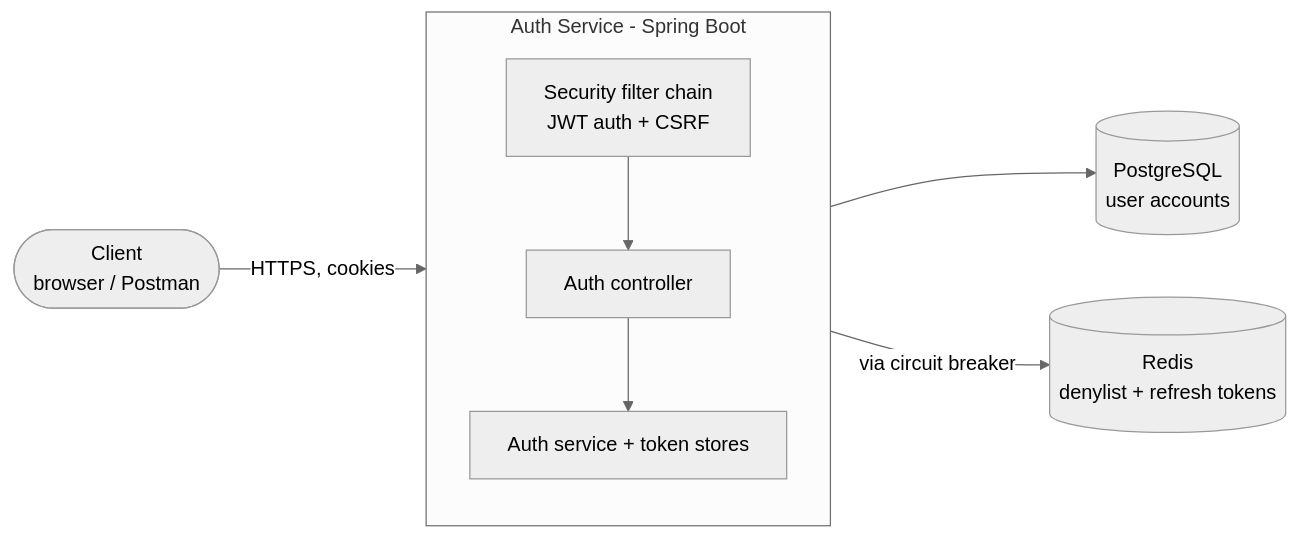
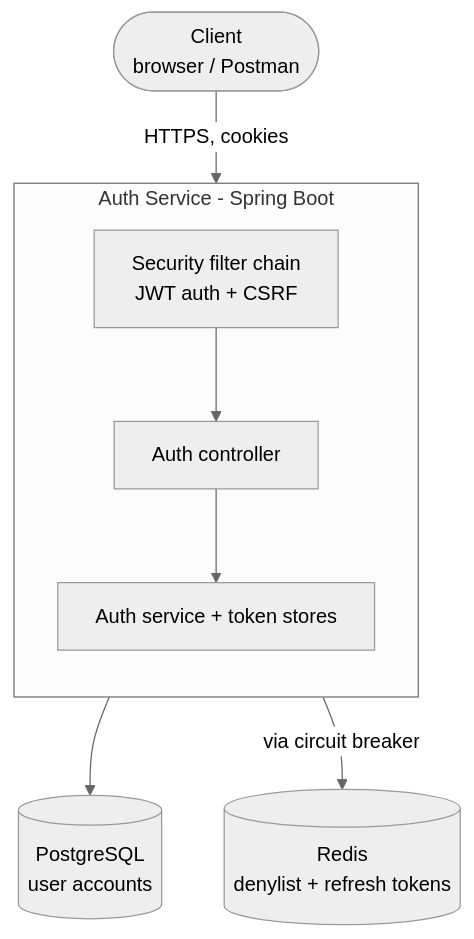
Before and after one commit to nethunirajapakse/sawiya-auth-service: the diagram in README.md, drawn with Mermaid (neutral theme).

Commit message:
Change flowchart direction from LR to TD
Updated flowchart direction in README.

````diff
--- a/README.md
+++ b/README.md
@@ -22,19 +22,19 @@
 ```mermaid
-flowchart LR
+flowchart TD
     Client(["Client<br/>browser / Postman"])
 
     subgraph App["Auth Service - Spring Boot"]
         direction TB
         Filters["Security filter chain<br/>JWT auth + CSRF"]
         Controller["Auth controller"]
         Service["Auth service + token stores"]
         Filters --> Controller --> Service
     end
 
     Postgres[("PostgreSQL<br/>user accounts")]
     Redis[("Redis<br/>denylist + refresh tokens")]
 
     Client -- "HTTPS, cookies" --> Filters
     Service --> Postgres
     App -- "via circuit breaker" --> Redis
 ```
````
